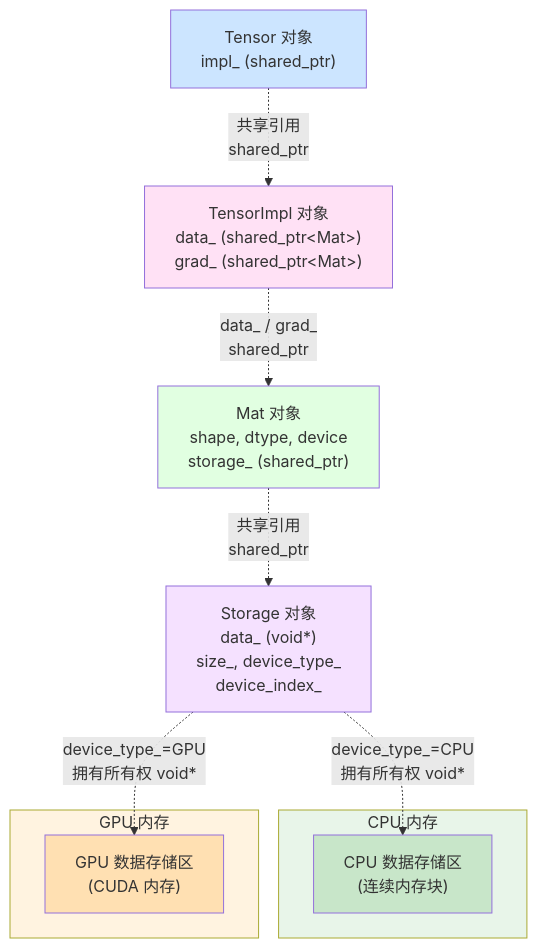
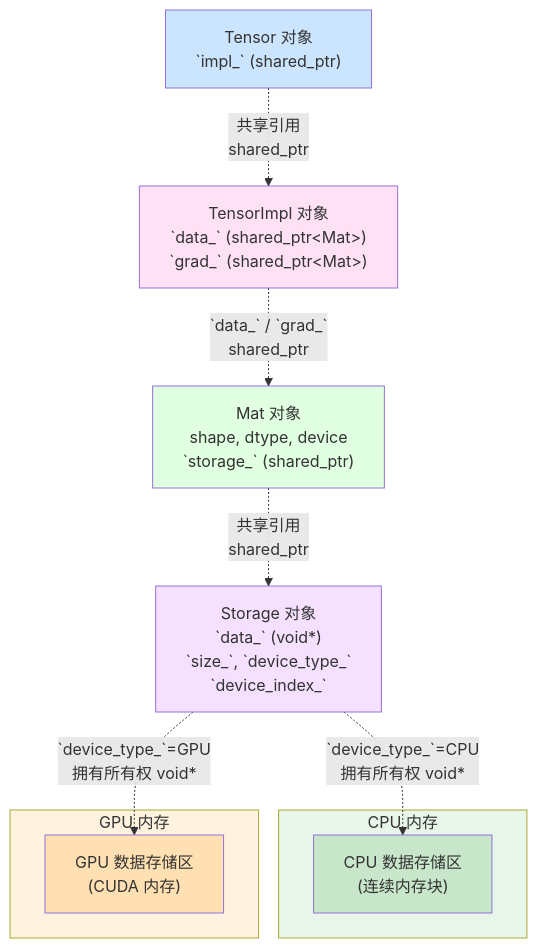
Before and after one commit to jinbooooom/OriginDL: the eighth of 21 diagrams in docs/design/architecture.md, drawn with Mermaid. The commit also changed other lines of this file, not shown here.

Commit message:
doc(architecture): refine Mat/Operator sections and add type promotion with MaybeOwned

````diff
--- a/docs/design/architecture.md
+++ b/docs/design/architecture.md
@@ -456,33 +464,33 @@
 ```mermaid
 flowchart TB
-    Tensor["Tensor 对象<br/>impl_ (shared_ptr)"]
+    Tensor["Tensor 对象<br/>`impl_` (shared_ptr)"]
     
-    TensorImpl["TensorImpl 对象<br/>data_ (shared_ptr&lt;Mat&gt;)<br/>grad_ (shared_ptr&lt;Mat&gt;)"]
+    TensorImpl["TensorImpl 对象<br/>`data_` (shared_ptr&lt;Mat&gt;)<br/>`grad_` (shared_ptr&lt;Mat&gt;)"]
     
-    Mat["Mat 对象<br/>shape, dtype, device<br/>storage_ (shared_ptr)"]
+    Mat["Mat 对象<br/>shape, dtype, device<br/>`storage_` (shared_ptr)"]
     
-    Storage["Storage 对象<br/>data_ (void*)<br/>size_, device_type_<br/>device_index_"]
+    Storage["Storage 对象<br/>`data_` (void*)<br/>`size_`, `device_type_`<br/>`device_index_`"]
     
     subgraph CPU["CPU 内存"]
         CPUData["CPU 数据存储区<br/>(连续内存块)"]
     end
     
     subgraph GPU["GPU 内存"]
         GPUData["GPU 数据存储区<br/>(CUDA 内存)"]
     end
     
     Tensor -.->|共享引用<br/>shared_ptr| TensorImpl
-    TensorImpl -.->|data_ / grad_<br/>shared_ptr| Mat
+    TensorImpl -.->|`data_` / `grad_`<br/>shared_ptr| Mat
     Mat -.->|共享引用<br/>shared_ptr| Storage
-    Storage -.->|device_type_=CPU<br/>拥有所有权 void*| CPUData
-    Storage -.->|device_type_=GPU<br/>拥有所有权 void*| GPUData
+    Storage -.->|`device_type_`=CPU<br/>拥有所有权 void*| CPUData
+    Storage -.->|`device_type_`=GPU<br/>拥有所有权 void*| GPUData
     
     style Tensor fill:#cce5ff
     style TensorImpl fill:#ffe1f5
     style Mat fill:#e1ffe1
     style Storage fill:#f5e1ff
     style CPU fill:#e8f5e9
     style GPU fill:#fff3e0
     style CPUData fill:#c8e6c9
     style GPUData fill:#ffe0b2
 ```
````
